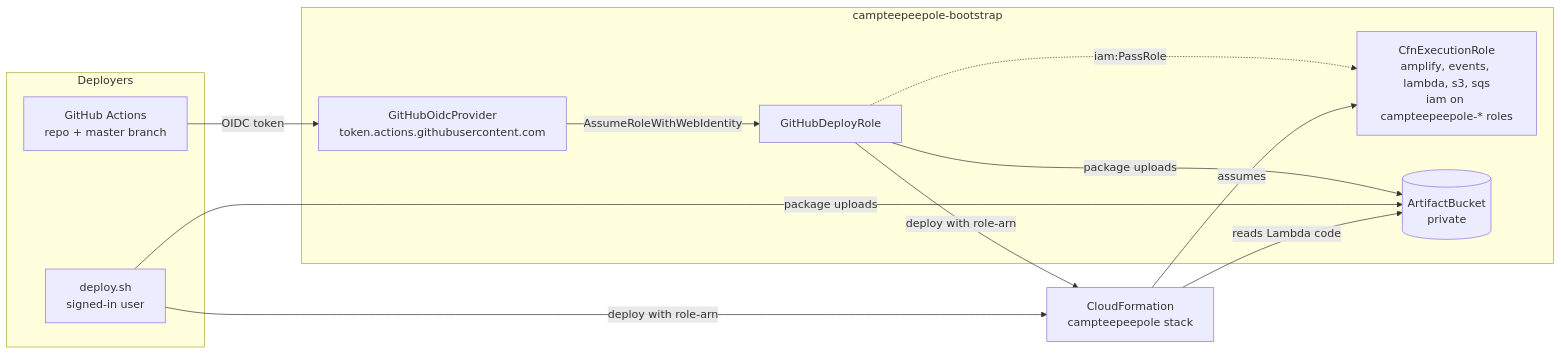
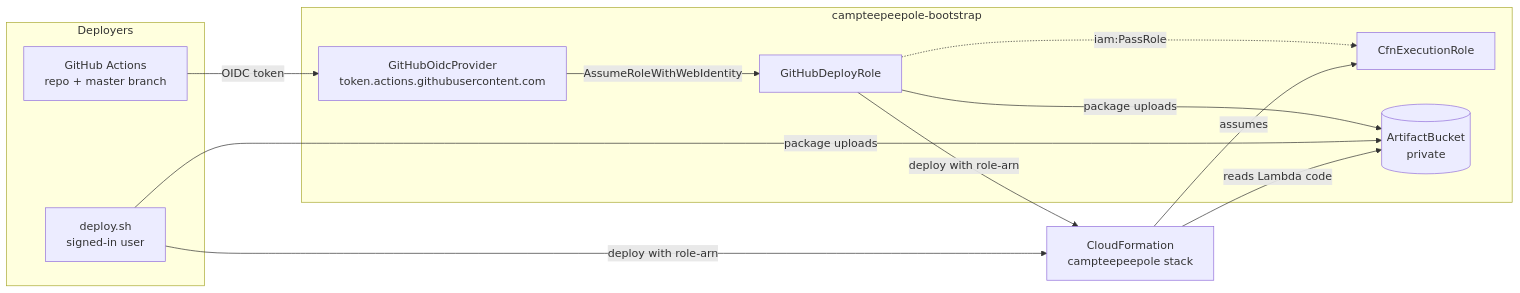
Before and after one commit to Swazimodo/campteepeepole: the first of 2 diagrams in infra/README.md, drawn with Mermaid. The commit also changed other lines of this file and 3 other files, not shown here.

````diff
--- a/infra/README.md
+++ b/infra/README.md
@@ -9,26 +9,26 @@
 ```mermaid
 flowchart LR
   subgraph callers[Deployers]
     gha[GitHub Actions<br/>repo + master branch]
     dev[deploy.sh<br/>signed-in user]
   end
 
   subgraph bootstrap[campteepeepole-bootstrap]
     oidc[GitHubOidcProvider<br/>token.actions.githubusercontent.com]
     deployRole[GitHubDeployRole]
-    execRole[CfnExecutionRole<br/>amplify, events, lambda, s3, sqs<br/>iam on campteepeepole-* roles]
+    execRole[CfnExecutionRole]
     artifacts[(ArtifactBucket<br/>private)]
   end
 
   cfn[CloudFormation<br/>campteepeepole stack]
 
   gha -- OIDC token --> oidc
   oidc -- AssumeRoleWithWebIdentity --> deployRole
   deployRole -- package uploads --> artifacts
   dev -- package uploads --> artifacts
   deployRole -->|deploy with role-arn| cfn
   dev -->|deploy with role-arn| cfn
   deployRole -. iam:PassRole .-> execRole
   cfn -- assumes --> execRole
   cfn -- reads Lambda code --> artifacts
 ```
````
